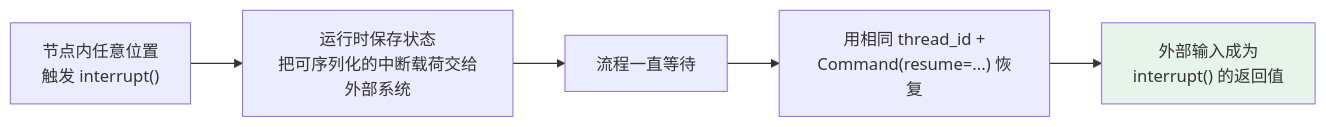
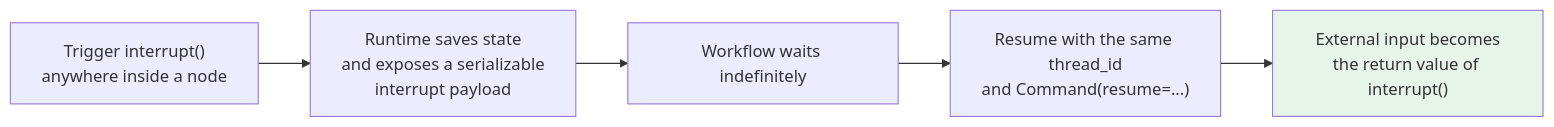
The first of 2 diagrams in docs/frameworks/01-langchain/04-langgraph/10-langgraph-advantages.md (oneleaveknowsthefall/awesome-ai-roadmap), drawn with Mermaid before and after one commit. The commit also changed other lines of this file and 70 other files, not shown here.

````diff
--- a/docs/frameworks/01-langchain/04-langgraph/10-langgraph-advantages.md
+++ b/docs/frameworks/01-langchain/04-langgraph/10-langgraph-advantages.md
@@ -120,9 +120,9 @@
 ```mermaid
 flowchart LR
-    A["节点内任意位置<br/>触发 interrupt()"] --> B["运行时保存状态<br/>把可序列化的中断载荷交给外部系统"]
-    B --> C["流程一直等待"]
-    C --> D["用相同 thread_id +<br/>Command(resume=...) 恢复"]
-    D --> E["外部输入成为<br/>interrupt() 的返回值"]
+    A["Trigger interrupt()<br/>anywhere inside a node"] --> B["Runtime saves state<br/>and exposes a serializable<br/>interrupt payload"]
+    B --> C["Workflow waits indefinitely"]
+    C --> D["Resume with the same thread_id<br/>and Command(resume=...)"]
+    D --> E["External input becomes<br/>the return value of interrupt()"]
 
     style E fill:#e6f4ea
 ```
````
